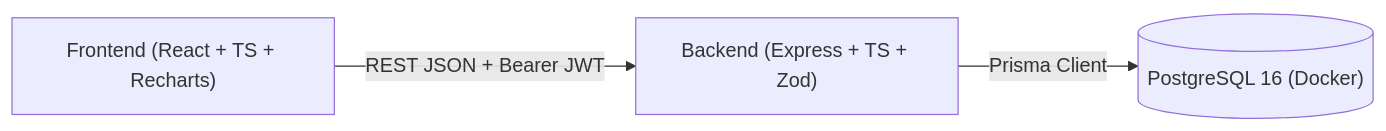
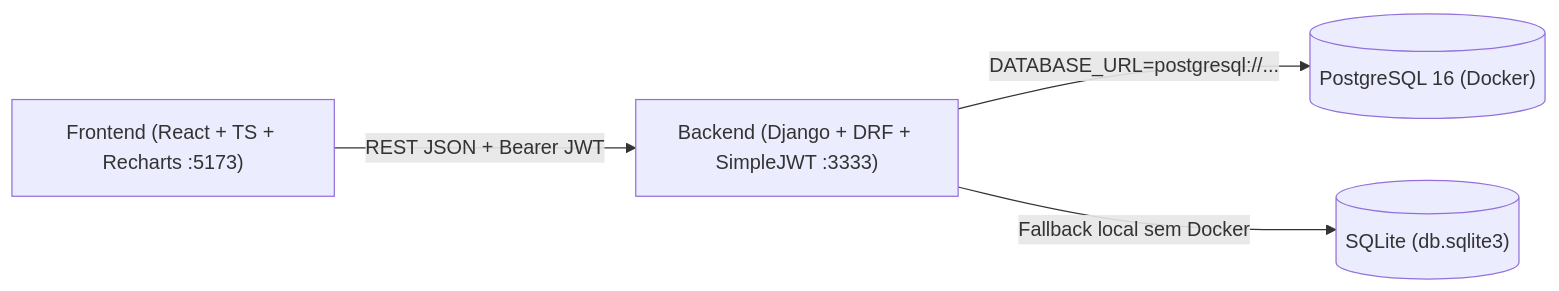
Before and after one commit to rodrigokk1975/financial-control: the diagram in README.md, drawn with Mermaid. The commit also changed other lines of this file and 8 other files, not shown here.

Commit message:
test(backend): add pytest API test suite and update documentation

````diff
--- a/README.md
+++ b/README.md
@@ -36,5 +36,6 @@
 ```mermaid
 flowchart LR
-    Web["Frontend (React + TS + Recharts)"] -->|"REST JSON + Bearer JWT"| API["Backend (Express + TS + Zod)"]
-    API -->|"Prisma Client"| DB[("PostgreSQL 16 (Docker)")]
+    Web["Frontend (React + TS + Recharts :5173)"] -->|"REST JSON + Bearer JWT"| API["Backend (Django + DRF + SimpleJWT :3333)"]
+    API -->|"DATABASE_URL=postgresql://..."| PG[("PostgreSQL 16 (Docker)")]
+    API -->|"Fallback local sem Docker"| SQLite[("SQLite (db.sqlite3)")]
 ```
````
